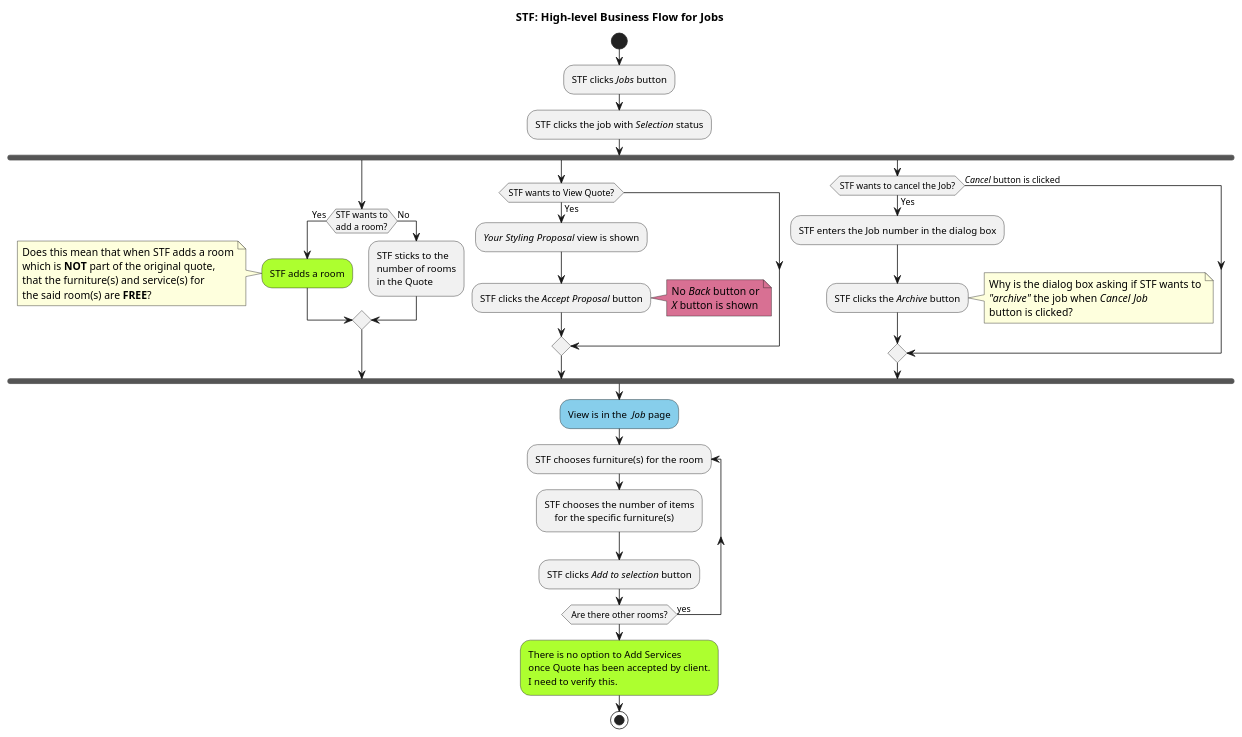
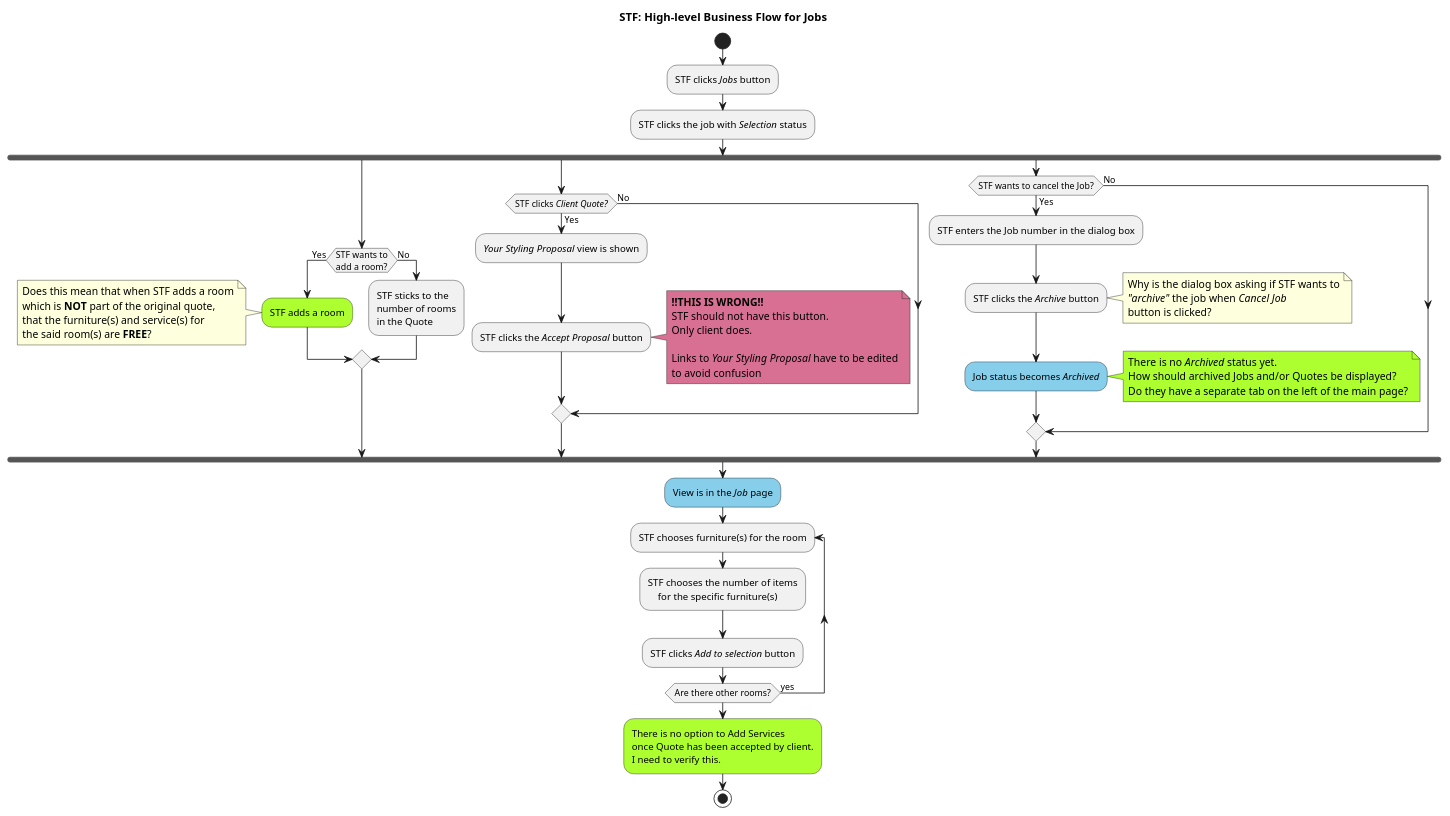
One commit to jpgacrama/NovariSpecs changed the diagram in STF/STF_JobsBusinessFlow.pu. Above: the diagram before and after it, drawn with PlantUML.

Commit message:
Accept proposal button should not be visible when STF is viewing client quotes
Only client has this button. This means that links to the said wireframe have to be changed.

```diff
--- a/STF/STF_JobsBusinessFlow.pu
+++ b/STF/STF_JobsBusinessFlow.pu
@@ -4,57 +4,69 @@
 @startuml
     title STF: High-level Business Flow for Jobs
     start
     :STF clicks //Jobs// button;
     :STF clicks the job with //Selection// status;
 
     fork
         if (STF wants to\nadd a room?) then (Yes)
             #GreenYellow:STF adds a room;
 
             note left
                 Does this mean that when STF adds a room
                 which is **NOT** part of the original quote,
                 that the furniture(s) and service(s) for
                 the said room(s) are **FREE**?
             end note
         else(No)
             :STF sticks to the\nnumber of rooms\nin the Quote;
         endif
     fork again
-        if (STF wants to View Quote?) then (Yes)
+        if (STF clicks //Client Quote?//) then (Yes)
             ://Your Styling Proposal// view is shown;
             :STF clicks the //Accept Proposal// button;
 
             note right #PaleVioletRed
-                No //Back// button or
-                //X// button is shown
+                **!!THIS IS WRONG!!** 
+                STF should not have this button.
+                Only client does.
+
+                Links to //Your Styling Proposal// have to be edited
+                to avoid confusion
             end note
+        else (No)
         endif
     fork again
         if (STF wants to cancel the Job?) then (Yes)
             :STF enters the Job number in the dialog box;
             :STF clicks the //Archive// button;
 
             note right
                 Why is the dialog box asking if STF wants to
                 //"archive"// the job when //Cancel Job//
                 button is clicked?
             end note
-        else (//Cancel// button is clicked)
+            #SkyBlue:Job status becomes //Archived//;
+
+            note right #GreenYellow
+                There is no //Archived// status yet.
+                How should archived Jobs and/or Quotes be displayed?
+                Do they have a separate tab on the left of the main page?
+            end note
+        else (No)
         endif
     end fork
     
-    #SkyBlue:View is in the  //Job// page;
+    #SkyBlue:View is in the //Job// page;
 
     repeat :STF chooses furniture(s) for the room;
         :STF chooses the number of items
             for the specific furniture(s);
         :STF clicks //Add to selection// button;
     repeat while (Are there other rooms?) is (yes)
     
     #GreenYellow:There is no option to Add Services
     once Quote has been accepted by client.
     I need to verify this.;
     
     stop
 @enduml
```
